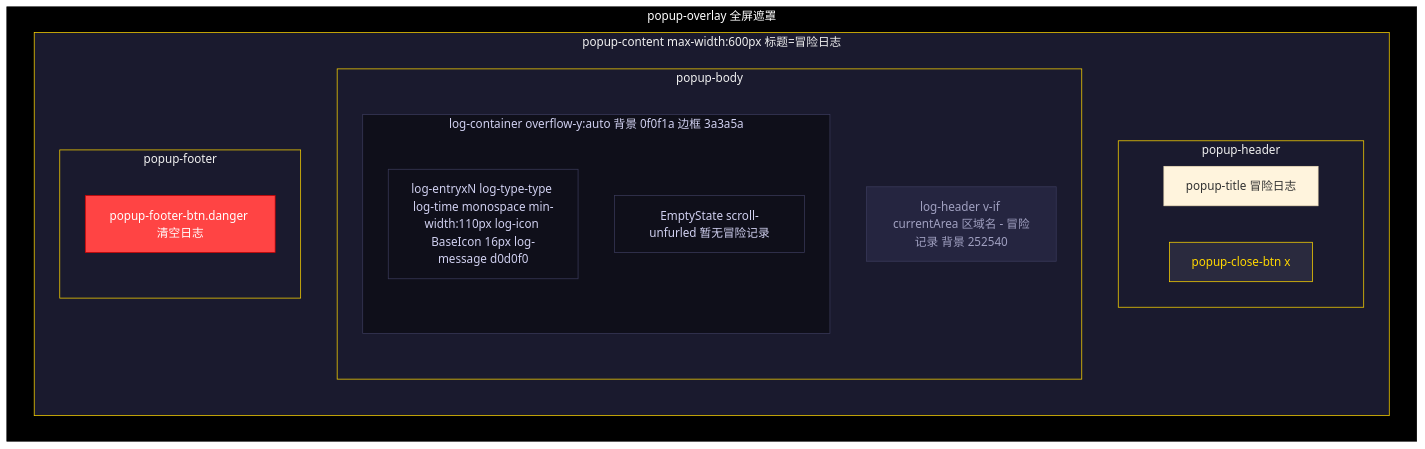
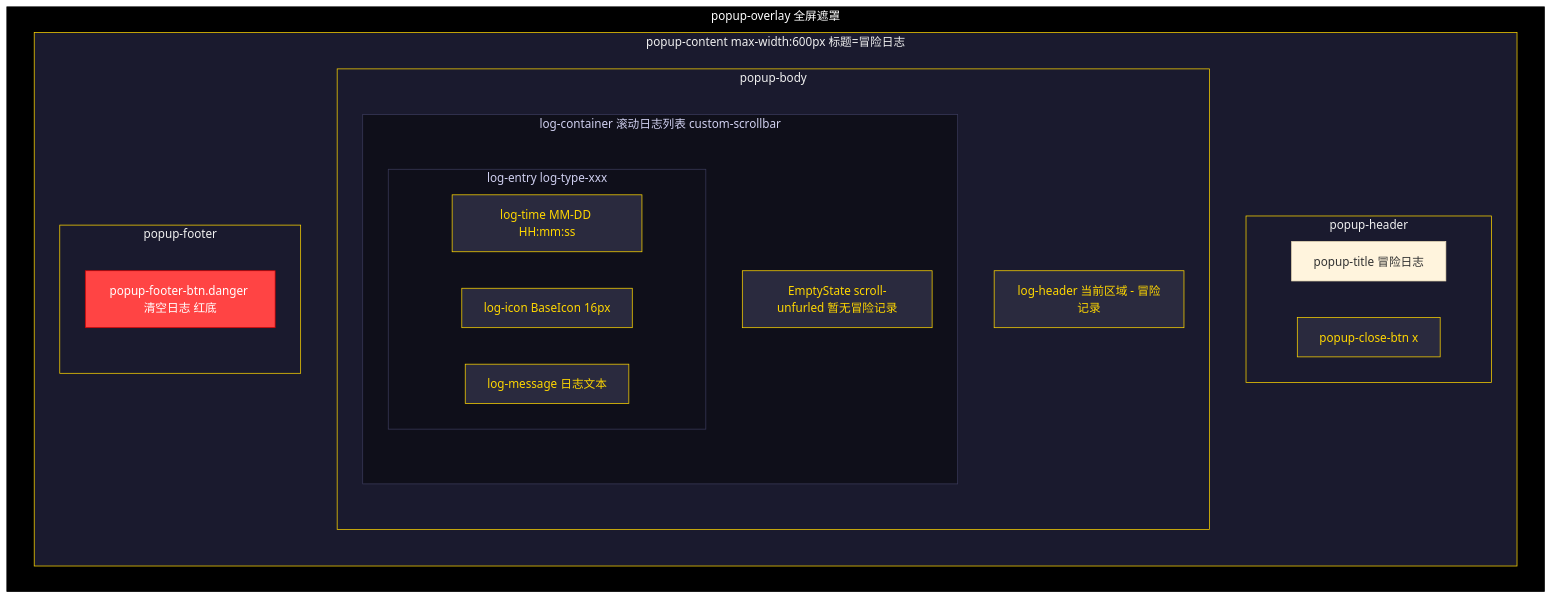
Before and after one commit to SonDemigods/wow_dnd: diagram 11 of 14 in doc/UI/UI_DESIGN_SPEC_POPUPS.md, drawn with Mermaid (base theme). The commit also changed other lines of this file and 55 other files, not shown here.

````diff
--- a/doc/UI/UI_DESIGN_SPEC_POPUPS.md
+++ b/doc/UI/UI_DESIGN_SPEC_POPUPS.md
@@ -1193,39 +1182,43 @@
 ```mermaid
 flowchart TB
     subgraph overlay["popup-overlay 全屏遮罩"]
         subgraph container["popup-content max-width:600px 标题=冒险日志"]
             direction TB
             subgraph header["popup-header"]
                 direction LR
                 title["popup-title 冒险日志"]
                 close["popup-close-btn x"]
             end
             subgraph body["popup-body"]
                 direction TB
-                logHeader["log-header v-if currentArea 区域名 - 冒险记录 背景 252540"]
-                subgraph logContainer["log-container overflow-y:auto 背景 0f0f1a 边框 3a3a5a"]
+                logHeader["log-header 当前区域 - 冒险记录"]
+                subgraph logContainer["log-container 滚动日志列表 custom-scrollbar"]
                     direction TB
-                    logEntry["log-entryxN log-type-type log-time monospace min-width:110px log-icon BaseIcon 16px log-message d0d0f0"]
+                    subgraph logEntry["log-entry log-type-xxx"]
+                        direction LR
+                        logTime["log-time MM-DD HH:mm:ss"]
+                        logIcon["log-icon BaseIcon 16px"]
+                        logMsg["log-message 日志文本"]
+                    end
                     emptyState["EmptyState scroll-unfurled 暂无冒险记录"]
                 end
             end
             subgraph footer["popup-footer"]
-                clearBtn["popup-footer-btn.danger 清空日志"]
+                clearBtn["popup-footer-btn.danger 清空日志 红底"]
             end
         end
     end
 
     classDef overlayCls fill:#000000,stroke:#000,color:#fff
     classDef containerCls fill:#1a1a2e,stroke:#ffd700,color:#f0f0f0
     classDef regionCls fill:#2a2a3e,stroke:#ffd700,color:#ffd700
-    classDef logCls fill:#0f0f1a,stroke:#3a3a5a,color:#d0d0f0
-    classDef headerCls fill:#252540,stroke:#3a3a5a,color:#a0a0c0
+    classDef listCls fill:#0f0f1a,stroke:#3a3a5a,color:#d0d0f0
     classDef dangerCls fill:#ff4444,stroke:#cc0000,color:#fff
 
     class overlay overlayCls
     class container,header,body,footer containerCls
-    class logEntry,emptyState,logContainer logCls
-    class logHeader headerCls
+    class logHeader,logTime,logIcon,logMsg,emptyState regionCls
+    class logContainer,logEntry listCls
     class clearBtn dangerCls
     class close regionCls
 ```
````
